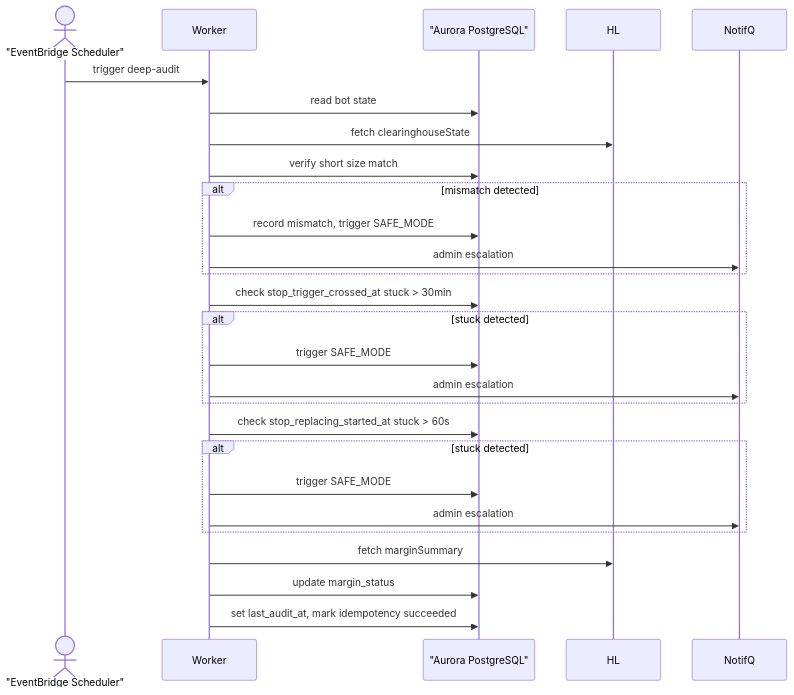
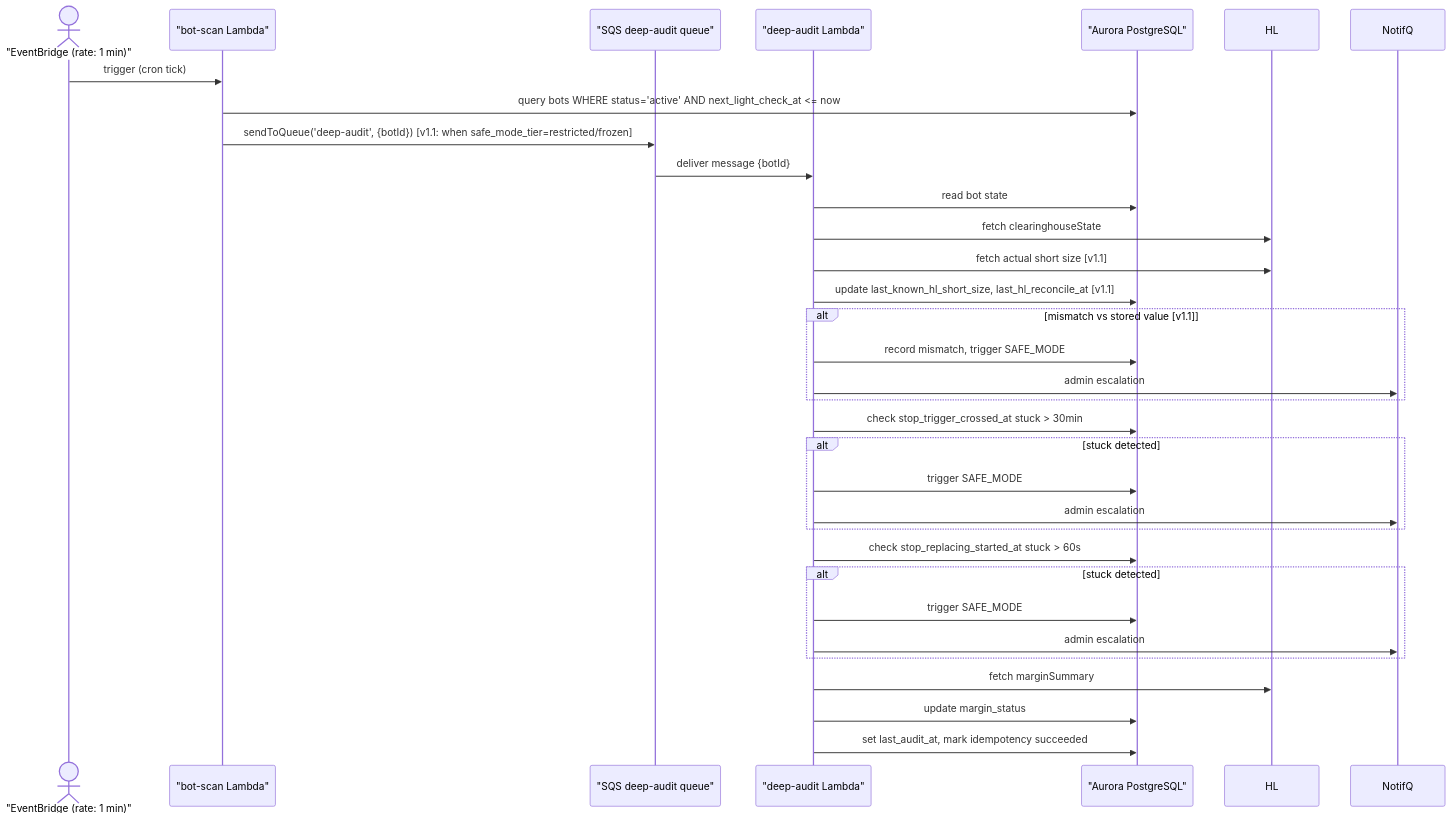
The diagram in docs/BA/plans/bnza-sotatek-260519-0000/03_modules/exbot/usecases/uc-deep-audit.md (TrinhBuiSotatek/Bonanzapool), drawn with Mermaid before and after one commit. The commit also changed other lines of this file and 16 other files, not shown here.

````diff
--- a/docs/BA/plans/bnza-sotatek-260519-0000/03_modules/exbot/usecases/uc-deep-audit.md
+++ b/docs/BA/plans/bnza-sotatek-260519-0000/03_modules/exbot/usecases/uc-deep-audit.md
@@ -68,29 +75,35 @@
 ```mermaid
 sequenceDiagram
-    actor Cron as "EventBridge Scheduler"
-    participant Worker
+    actor EB as "EventBridge (rate: 1 min)"
+    participant BotScan as "bot-scan Lambda"
+    participant SQS as "SQS deep-audit queue"
+    participant Worker as "deep-audit Lambda"
     participant AuroraDB as "Aurora PostgreSQL"
     participant HL
     participant NotifQ
-    Cron->>Worker: trigger deep-audit
+    EB->>BotScan: trigger (cron tick)
+    BotScan->>AuroraDB: query bots WHERE status='active' AND next_light_check_at <= now
+    BotScan->>SQS: sendToQueue('deep-audit', {botId}) [v1.1: when safe_mode_tier=restricted/frozen]
+    SQS->>Worker: deliver message {botId}
     Worker->>AuroraDB: read bot state
     Worker->>HL: fetch clearinghouseState
-    Worker->>AuroraDB: verify short size match
-    alt mismatch detected
+    Worker->>HL: fetch actual short size [v1.1]
+    Worker->>AuroraDB: update last_known_hl_short_size, last_hl_reconcile_at [v1.1]
+    alt mismatch vs stored value [v1.1]
         Worker->>AuroraDB: record mismatch, trigger SAFE_MODE
         Worker->>NotifQ: admin escalation
     end
     Worker->>AuroraDB: check stop_trigger_crossed_at stuck > 30min
     alt stuck detected
         Worker->>AuroraDB: trigger SAFE_MODE
         Worker->>NotifQ: admin escalation
     end
     Worker->>AuroraDB: check stop_replacing_started_at stuck > 60s
     alt stuck detected
         Worker->>AuroraDB: trigger SAFE_MODE
         Worker->>NotifQ: admin escalation
     end
     Worker->>HL: fetch marginSummary
     Worker->>AuroraDB: update margin_status
     Worker->>AuroraDB: set last_audit_at, mark idempotency succeeded
 ```
````
